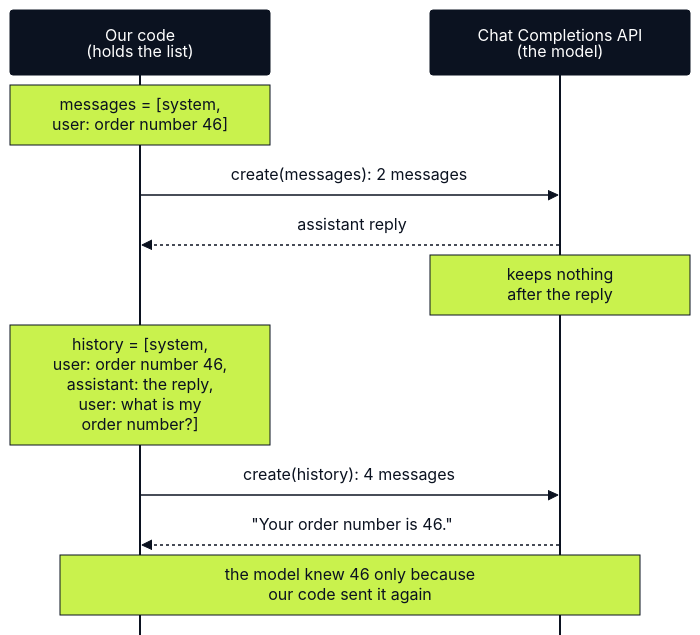
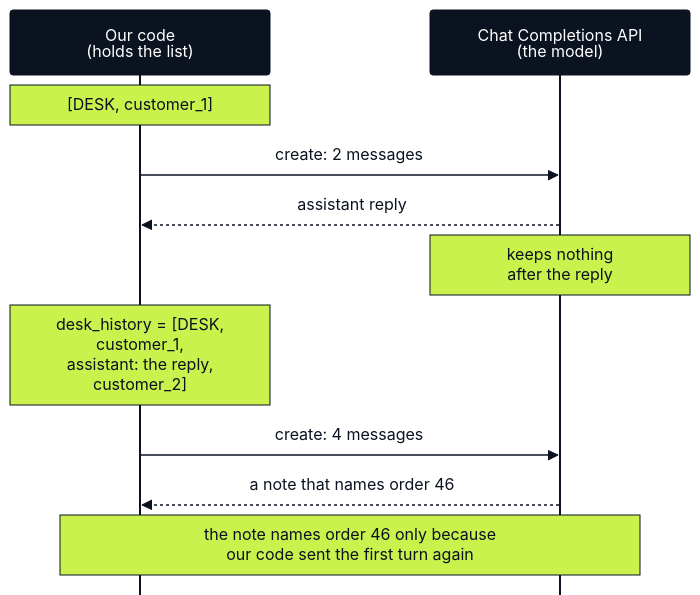
One commit to tatwan/ai_agents_course changed the diagram in 01_Model_Call/resources/lab01_message_list.mmd. Above: the diagram before and after it, drawn with Mermaid. The commit also changed 4 other files, not shown here.

First line of the commit message:
Lab 01: rebuild the model call lab

```diff
--- a/01_Model_Call/resources/lab01_message_list.mmd
+++ b/01_Model_Call/resources/lab01_message_list.mmd
@@ -1,16 +1,16 @@
 %%{init: {"theme": "base", "sequence": {"mirrorActors": false, "messageFontSize": 15, "actorFontSize": 15, "noteFontSize": 15, "wrap": false, "actorMargin": 160, "width": 260, "messageMargin": 42}, "themeVariables": {"fontFamily": "IBM Plex Mono, monospace", "fontSize": "15px", "primaryColor": "#FFFFFF", "primaryBorderColor": "#0B1220", "primaryTextColor": "#0B1220", "lineColor": "#6B7383", "actorBkg": "#0B1220", "actorTextColor": "#FFFFFF", "actorBorder": "#0B1220", "noteBkgColor": "#C9F24D", "noteBorderColor": "#0B1220", "noteTextColor": "#0B1220", "signalColor": "#0B1220", "signalTextColor": "#0B1220"}}}%%
-%% Lab 01: two calls to Chat Completions. Our code (lime notes) builds and sends the whole message list each time;
-%% the model (ink) answers from that list only and keeps nothing between the calls.
+%% Lab 01: the support desk conversation as two calls to Chat Completions. Our code (lime notes) builds and sends
+%% the whole message list each time; the model (ink) answers from that list only and keeps nothing between the calls.
 %% Export: npx -y @mermaid-js/mermaid-cli -i lab01_message_list.mmd -o lab01_message_list.png -b white -s 2
 sequenceDiagram
     participant Code as Our code<br>(holds the list)
     participant Model as Chat Completions API<br>(the model)
 
-    Note over Code: messages = [system,<br>user: order number 46]
-    Code->>Model: create(messages): 2 messages
+    Note over Code: [DESK, customer_1]
+    Code->>Model: create: 2 messages
     Model-->>Code: assistant reply
     Note over Model: keeps nothing<br>after the reply
-    Note over Code: history = [system,<br>user: order number 46,<br>assistant: the reply,<br>user: what is my<br>order number?]
-    Code->>Model: create(history): 4 messages
-    Model-->>Code: "Your order number is 46."
-    Note over Code,Model: the model knew 46 only because<br>our code sent it again
+    Note over Code: desk_history = [DESK,<br>customer_1,<br>assistant: the reply,<br>customer_2]
+    Code->>Model: create: 4 messages
+    Model-->>Code: a note that names order 46
+    Note over Code,Model: the note names order 46 only because<br>our code sent the first turn again
```
